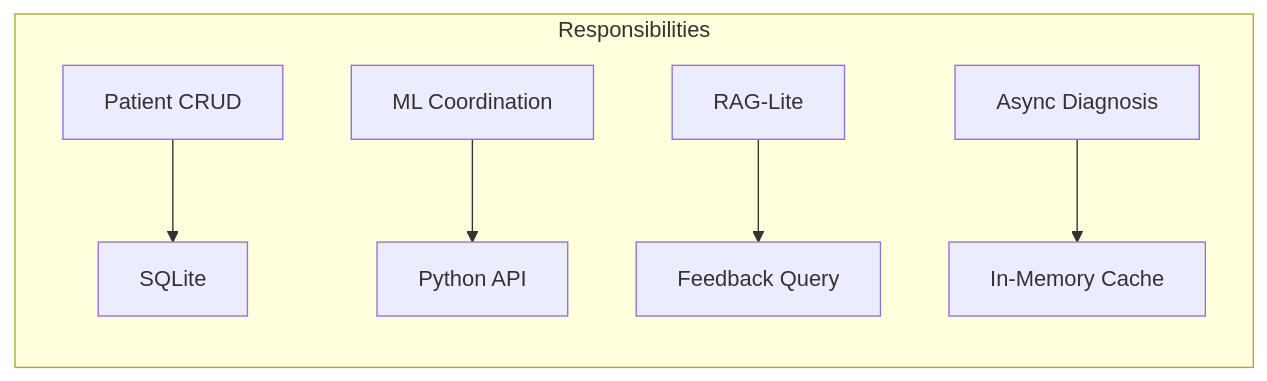
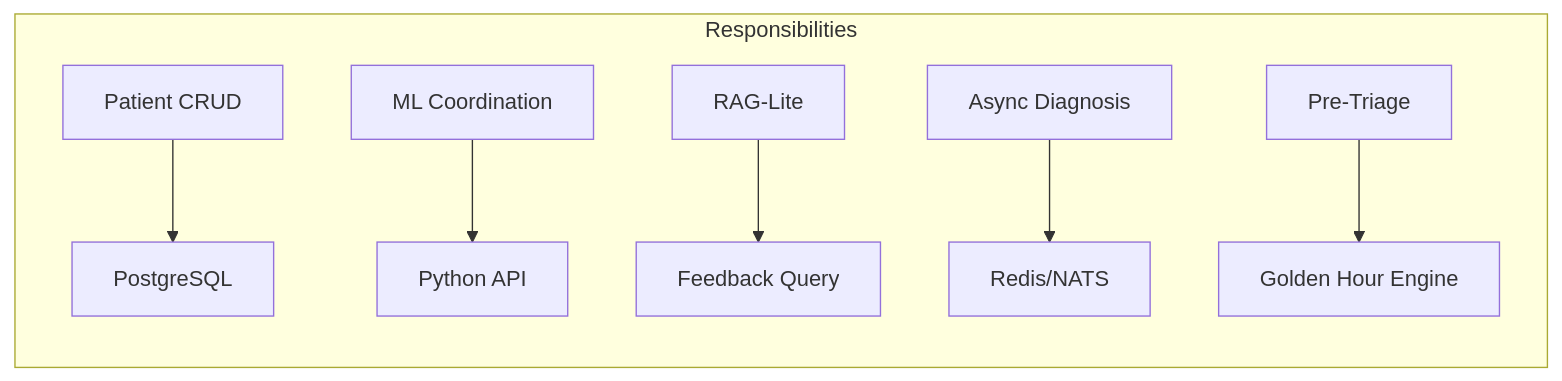
The second of 6 diagrams in docs/ARCHITECTURE.md (PoyrazK/Health_System), drawn with Mermaid before and after one commit. The commit also changed other lines of this file and 29 other files, not shown here.

````diff
--- a/docs/ARCHITECTURE.md
+++ b/docs/ARCHITECTURE.md
@@ -88,9 +88,10 @@
 ```mermaid
 graph LR
     subgraph Responsibilities
-        A[Patient CRUD] --> B[SQLite]
+        A[Patient CRUD] --> B[PostgreSQL]
         C[ML Coordination] --> D[Python API]
         E[RAG-Lite] --> F[Feedback Query]
-        G[Async Diagnosis] --> H[In-Memory Cache]
+        G[Async Diagnosis] --> H[Redis/NATS]
+        I[Pre-Triage] --> J[Golden Hour Engine]
     end
 ```
````
